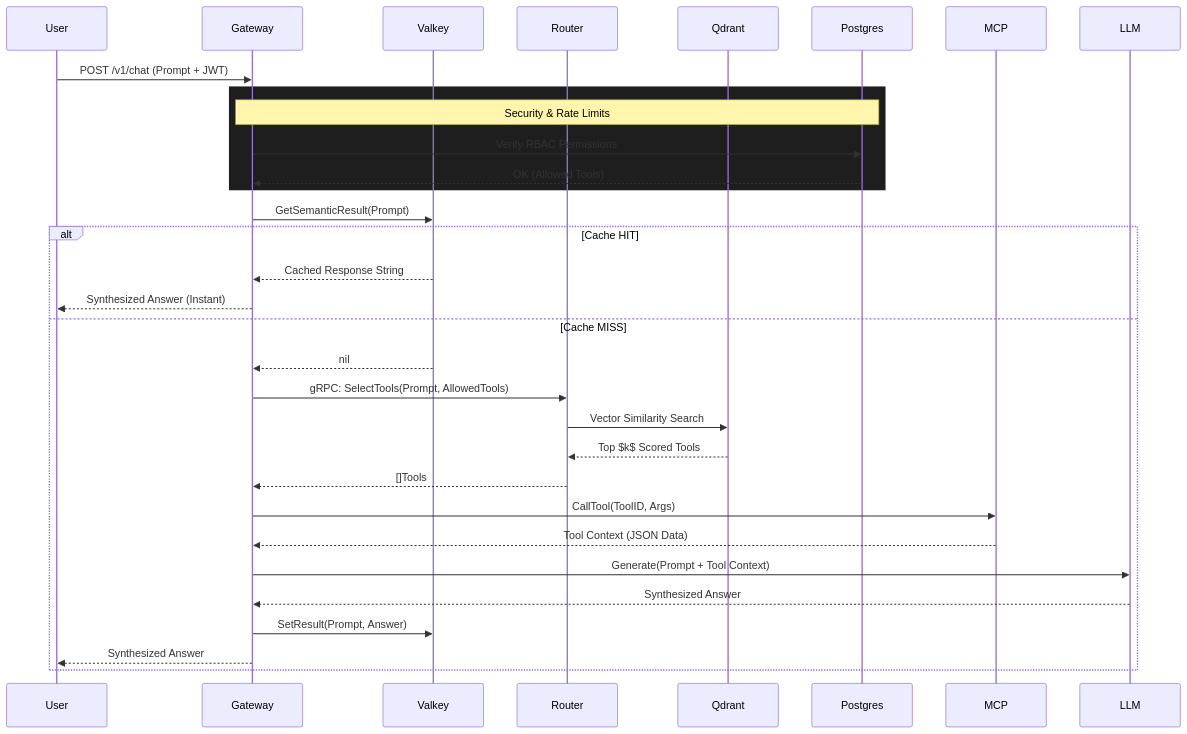
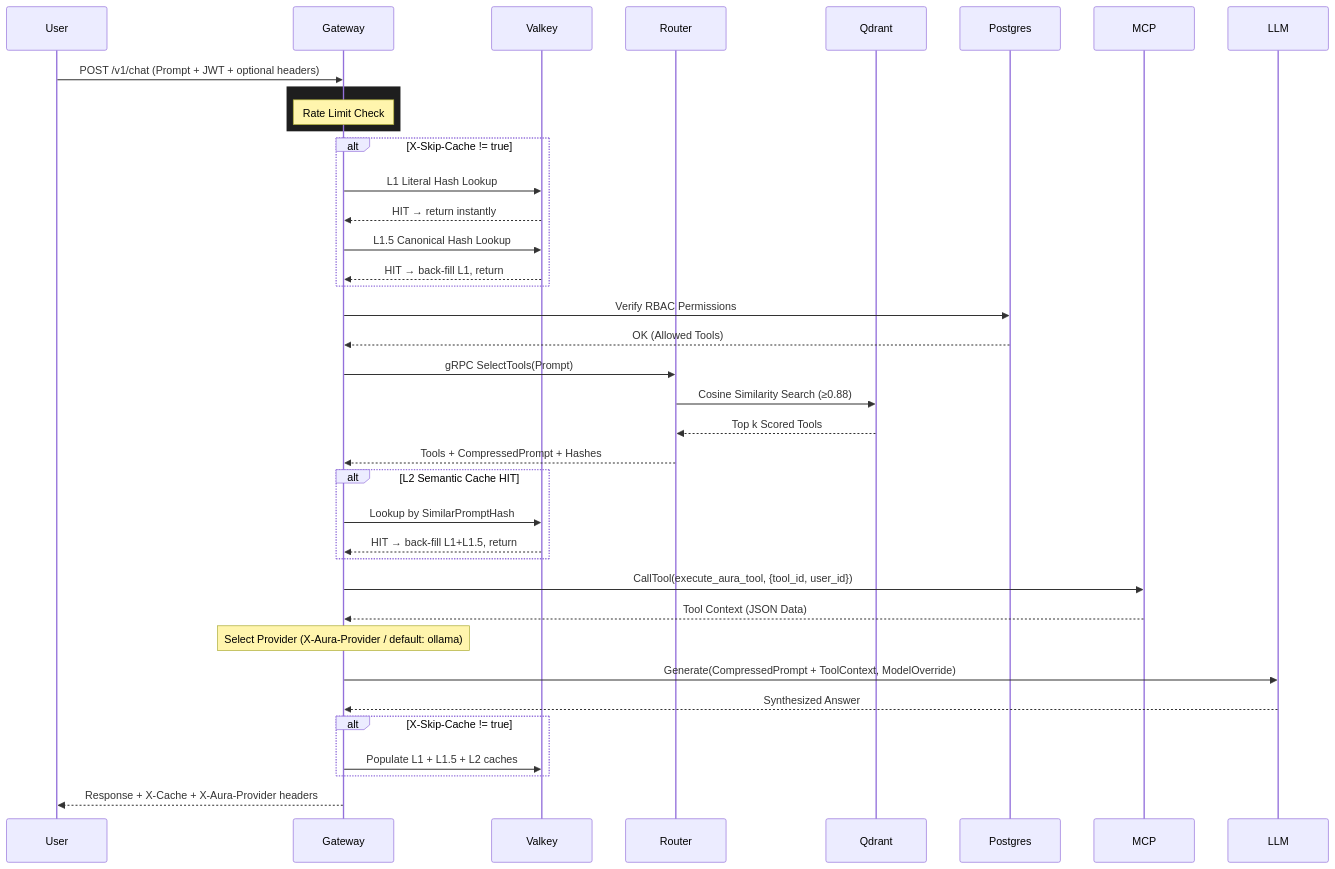
The diagram in ARCHITECTURE.md (Opsylux/Memzent.AI), drawn with Mermaid before and after one commit. The commit also changed other lines of this file and 12 other files, not shown here.

````diff
--- a/ARCHITECTURE.md
+++ b/ARCHITECTURE.md
@@ -45,40 +89,51 @@
 ```mermaid
 sequenceDiagram
     participant User
     participant Gateway
     participant Valkey
     participant Router
     participant Qdrant
     participant Postgres
     participant MCP
     participant LLM
 
-    User->>Gateway: POST /v1/chat (Prompt + JWT)
-    
+    User->>Gateway: POST /v1/chat (Prompt + JWT + optional headers)
+
     rect rgb(30, 30, 30)
-    Note over Gateway, Postgres: Security & Rate Limits
+    Note over Gateway: Rate Limit Check
+    end
+
+    alt X-Skip-Cache != true
+        Gateway->>Valkey: L1 Literal Hash Lookup
+        Valkey-->>Gateway: HIT → return instantly
+
+        Gateway->>Valkey: L1.5 Canonical Hash Lookup
+        Valkey-->>Gateway: HIT → back-fill L1, return
+    end
+
     Gateway->>Postgres: Verify RBAC Permissions
     Postgres-->>Gateway: OK (Allowed Tools)
+
+    Gateway->>Router: gRPC SelectTools(Prompt)
+    Router->>Qdrant: Cosine Similarity Search (≥0.88)
+    Qdrant-->>Router: Top k Scored Tools
+    Router-->>Gateway: Tools + CompressedPrompt + Hashes
+
+    alt L2 Semantic Cache HIT
+        Gateway->>Valkey: Lookup by SimilarPromptHash
+        Valkey-->>Gateway: HIT → back-fill L1+L1.5, return
     end
-    
-    Gateway->>Valkey: GetSemanticResult(Prompt)
-    alt Cache HIT
-        Valkey-->>Gateway: Cached Response String
-        Gateway-->>User: Synthesized Answer (Instant)
-    else Cache MISS
-        Valkey-->>Gateway: nil
-        Gateway->>Router: gRPC: SelectTools(Prompt, AllowedTools)
-        Router->>Qdrant: Vector Similarity Search
-        Qdrant-->>Router: Top $k$ Scored Tools
-        Router-->>Gateway: []Tools
-        
-        Gateway->>MCP: CallTool(ToolID, Args)
-        MCP-->>Gateway: Tool Context (JSON Data)
-        
-        Gateway->>LLM: Generate(Prompt + Tool Context)
-        LLM-->>Gateway: Synthesized Answer
-        
-        Gateway->>Valkey: SetResult(Prompt, Answer)
-        Gateway-->>User: Synthesized Answer
+
+    Gateway->>MCP: CallTool(execute_aura_tool, {tool_id, user_id})
+    MCP-->>Gateway: Tool Context (JSON Data)
+
+    Note over Gateway: Select Provider (X-Aura-Provider / default: ollama)
+    Gateway->>LLM: Generate(CompressedPrompt + ToolContext, ModelOverride)
+    LLM-->>Gateway: Synthesized Answer
+
+    alt X-Skip-Cache != true
+        Gateway->>Valkey: Populate L1 + L1.5 + L2 caches
     end
+
+    Gateway-->>User: Response + X-Cache + X-Aura-Provider headers
 ```
````
